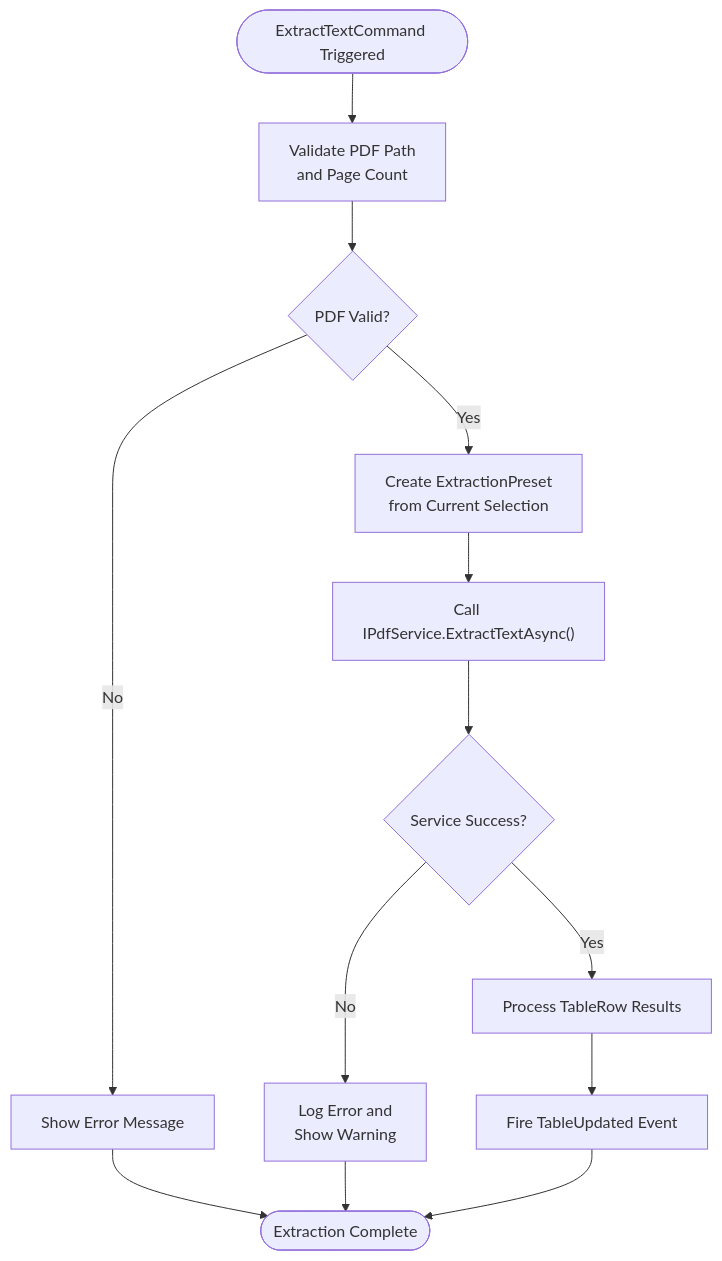
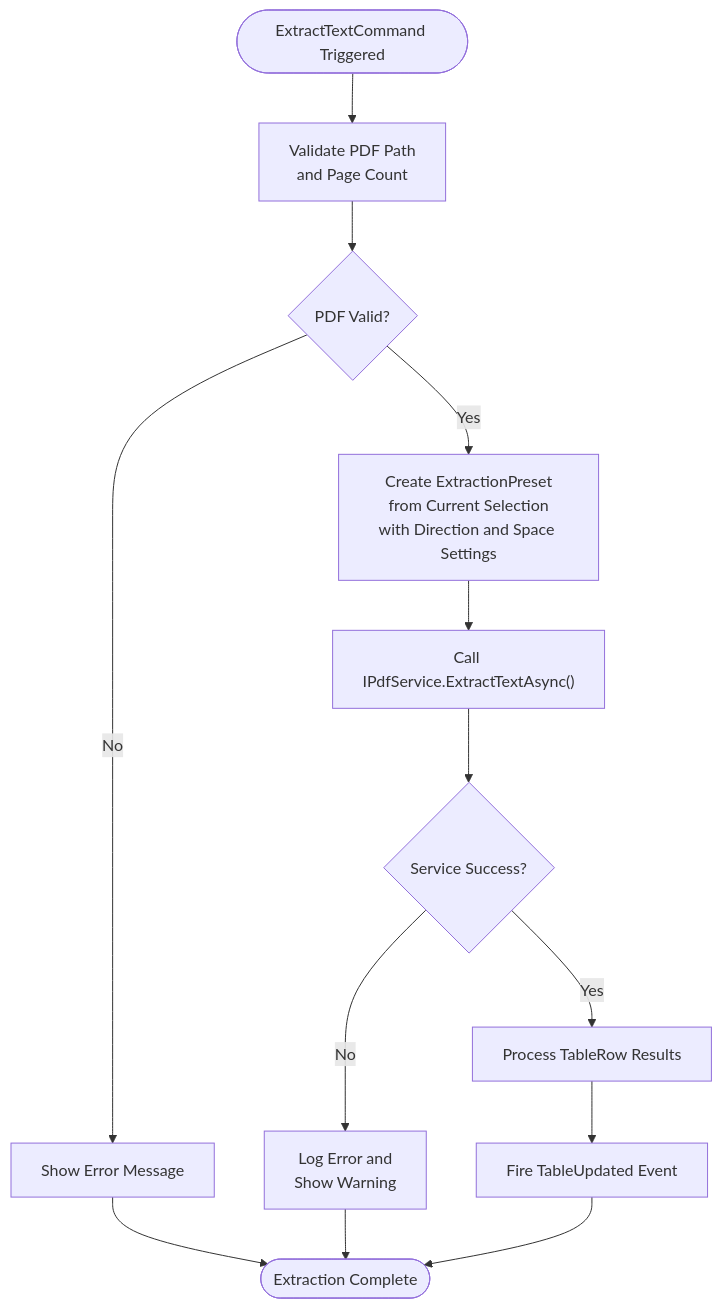
The third of 6 diagrams in .qoder/repowiki/en/content/User Guide/Extraction Mode.md (Kibnet/PDFAnnotator), drawn with Mermaid before and after one commit. The commit also changed other lines of this file and 4 other files, not shown here.

````diff
--- a/.qoder/repowiki/en/content/User Guide/Extraction Mode.md
+++ b/.qoder/repowiki/en/content/User Guide/Extraction Mode.md
@@ -165,15 +178,15 @@
 ```mermaid
 flowchart TD
 Start([ExtractTextCommand Triggered]) --> ValidatePDF["Validate PDF Path<br/>and Page Count"]
 ValidatePDF --> PDFValid{"PDF Valid?"}
 PDFValid --> |No| ShowError["Show Error Message"]
-PDFValid --> |Yes| CreatePreset["Create ExtractionPreset<br/>from Current Selection"]
+PDFValid --> |Yes| CreatePreset["Create ExtractionPreset<br/>from Current Selection<br/>with Direction and Space Settings"]
 CreatePreset --> CallService["Call IPdfService.ExtractTextAsync()"]
 CallService --> ServiceSuccess{"Service Success?"}
 ServiceSuccess --> |No| LogError["Log Error and<br/>Show Warning"]
 ServiceSuccess --> |Yes| ProcessResults["Process TableRow Results"]
 ProcessResults --> FireEvent["Fire TableUpdated Event"]
 FireEvent --> End([Extraction Complete])
 ShowError --> End
 LogError --> End
 ```
````
